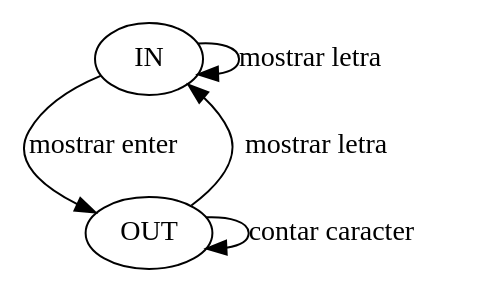
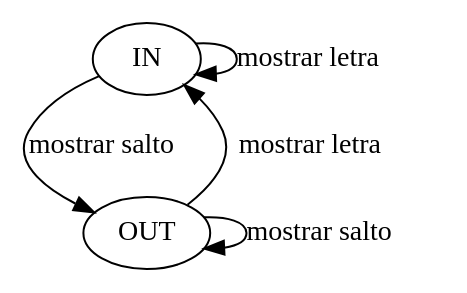
The diagram in 05-wl/wl.dot (tomasanchez/SSL), drawn with Graphviz before and after one commit. The commit also changed 7 other files, not shown here.

```diff
--- a/05-wl/wl.dot
+++ b/05-wl/wl.dot
@@ -1,6 +1,6 @@
 digraph G {
-    IN -> OUT [label = <mostrar enter>]
+    IN -> OUT [label = <mostrar salto>]
     OUT -> IN [label = <   mostrar letra>]
-    OUT -> OUT [label = <contar caracter>]
+    OUT -> OUT [label = <mostrar salto>]
     IN -> IN [label = <mostrar letra>]
 }
```
